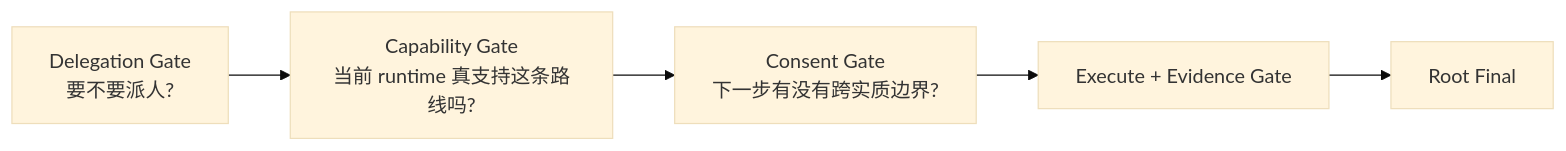
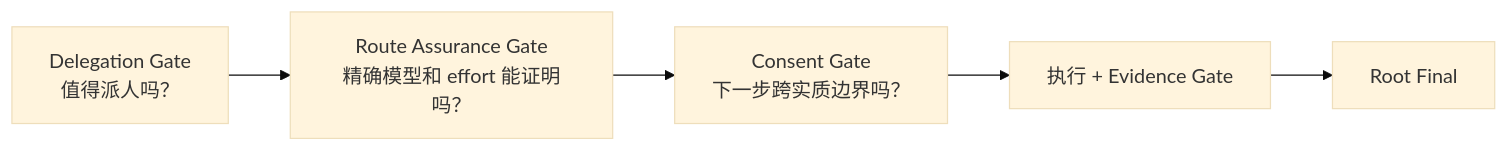
Before and after one commit to R-jed/codex-agent-team: the third of 3 diagrams in README.md, drawn with Mermaid (base theme). The commit also changed other lines of this file, not shown here.

Commit message:
docs: rewrite Chinese README around native subagents and route assurance

````diff
--- a/README.md
+++ b/README.md
@@ -129,7 +199,7 @@
 ```mermaid
 flowchart LR
-    A[Delegation Gate<br/>要不要派人?] --> B[Capability Gate<br/>当前 runtime 真支持这条路线吗?]
-    B --> C[Consent Gate<br/>下一步有没有跨实质边界?]
-    C --> D[Execute + Evidence Gate]
+    A[Delegation Gate<br/>值得派人吗？] --> B[Route Assurance Gate<br/>精确模型和 effort 能证明吗？]
+    B --> C[Consent Gate<br/>下一步跨实质边界吗？]
+    C --> D[执行 + Evidence Gate]
     D --> E[Root Final]
 ```
````
